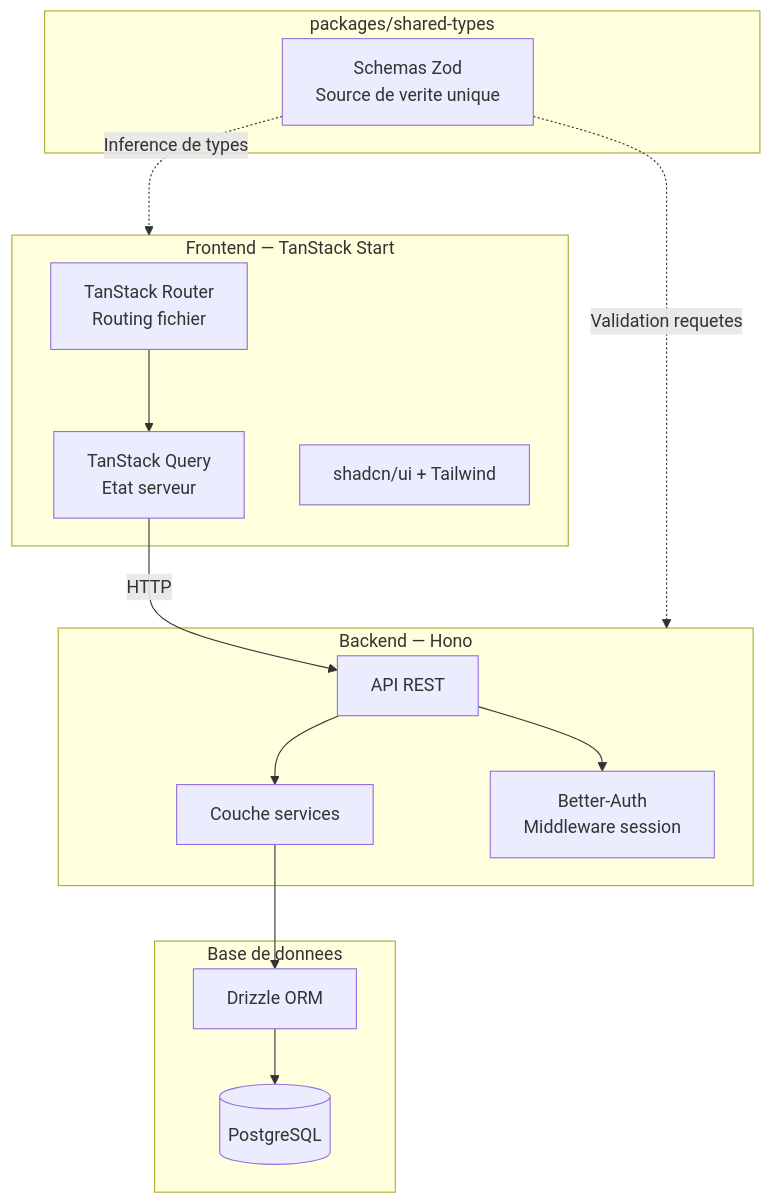
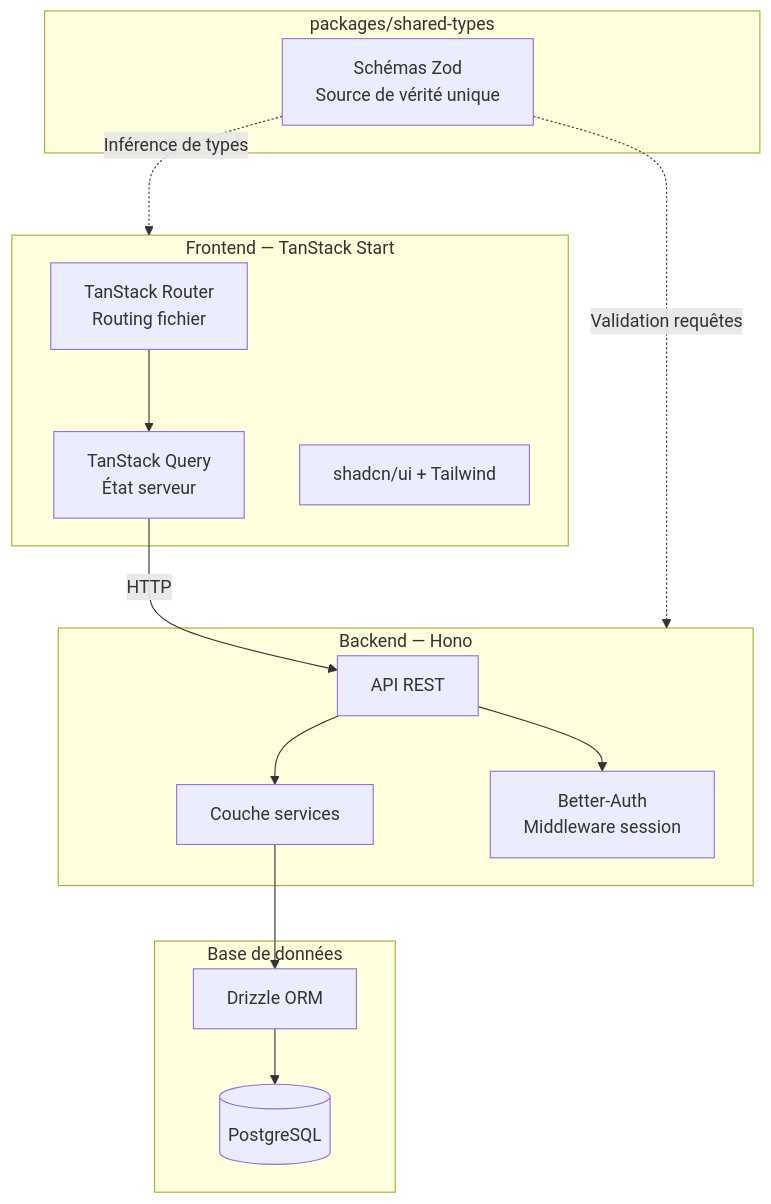
The diagram in README.fr.md (m1cm4/happyseeds), drawn with Mermaid before and after one commit. The commit also changed other lines of this file and 5 other files, not shown here.

First line of the commit message:
📝docs: add screenshots and expand roadmap in README

````diff
--- a/README.fr.md
+++ b/README.fr.md
@@ -42,33 +50,33 @@
 ```mermaid
 graph TB
     subgraph Client["Frontend — TanStack Start"]
         Router[TanStack Router<br/>Routing fichier]
-        Query[TanStack Query<br/>Etat serveur]
+        Query[TanStack Query<br/>État serveur]
         UI[shadcn/ui + Tailwind]
     end
 
     subgraph Server["Backend — Hono"]
         Routes[API REST]
         Services[Couche services]
         Auth[Better-Auth<br/>Middleware session]
     end
 
-    subgraph Data["Base de donnees"]
+    subgraph Data["Base de données"]
         ORM[Drizzle ORM]
         PG[(PostgreSQL)]
     end
 
     subgraph Shared["packages/shared-types"]
-        Zod[Schemas Zod<br/>Source de verite unique]
+        Zod[Schémas Zod<br/>Source de vérité unique]
     end
 
     Router --> Query
     Query -->|HTTP| Routes
     Routes --> Auth
     Routes --> Services
     Services --> ORM
     ORM --> PG
 
-    Zod -.->|Inference de types| Client
-    Zod -.->|Validation requetes| Server
+    Zod -.->|Inférence de types| Client
+    Zod -.->|Validation requêtes| Server
 ```
````
